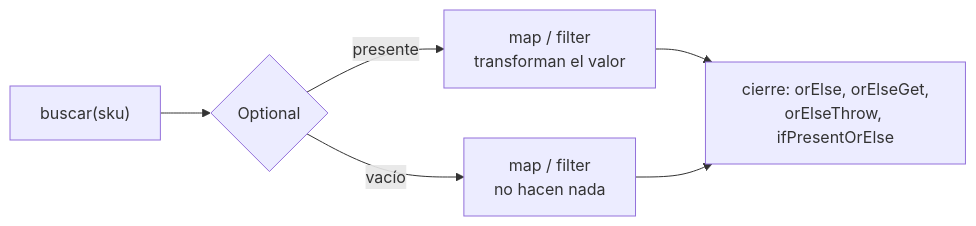
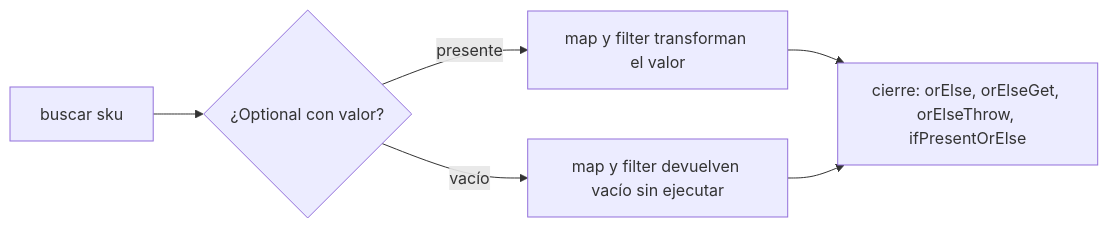
The second of 4 diagrams in web/public/content/java/modulo-4.md (NICORUIZ93/The_Imperial_Book), drawn with Mermaid before and after one commit. The commit also changed other lines of this file and 65 other files, not shown here.

````diff
--- a/web/public/content/java/modulo-4.md
+++ b/web/public/content/java/modulo-4.md
@@ -540,8 +643,8 @@
 ```mermaid
 flowchart LR
-  B["buscar(sku)"] --> O{"Optional"}
-  O -->|"presente"| M["map / filter<br/>transforman el valor"]
-  O -->|"vacío"| E["map / filter<br/>no hacen nada"]
-  M --> C["cierre: orElse, orElseGet,<br/>orElseThrow, ifPresentOrElse"]
+  B["buscar sku"] --> O{"¿Optional con valor?"}
+  O -->|"presente"| M["map y filter transforman el valor"]
+  O -->|"vacío"| E["map y filter devuelven vacío sin ejecutar"]
+  M --> C["cierre: orElse, orElseGet, orElseThrow, ifPresentOrElse"]
   E --> C
 ```
````
